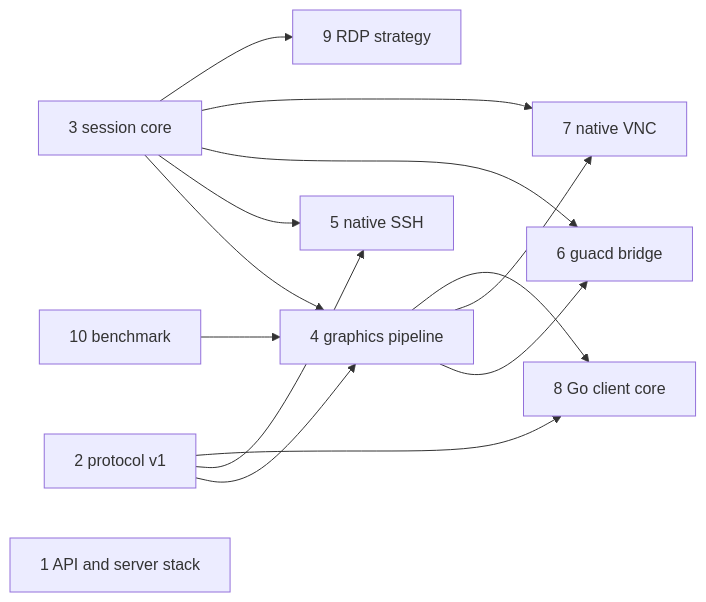
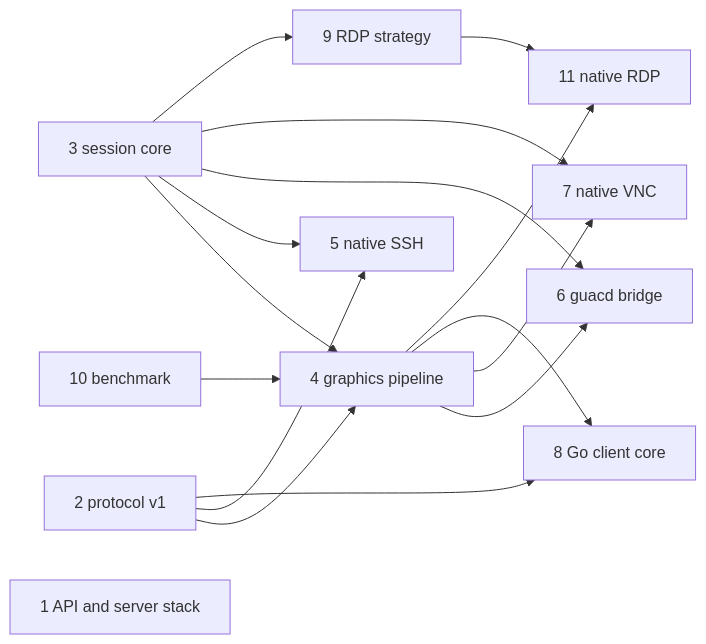
The second of 2 diagrams in specs/008-native-architecture.md (changkun/occamy), drawn with Mermaid before and after one commit. The commit also changed other lines of this file and 7 other files, not shown here.

First line of the commit message:
specs: plan the native RDP backend and record its phase 1

````diff
--- a/specs/008-native-architecture.md
+++ b/specs/008-native-architecture.md
@@ -243,16 +246,18 @@
 ```mermaid
 graph LR
   P[2 protocol v1] --> G[4 graphics pipeline]
   S[3 session core] --> G
   P --> SSH[5 native SSH]
   S --> SSH
   S --> B[6 guacd bridge]
   G --> B
   S --> VNC[7 native VNC]
   G --> VNC
   P --> CC[8 Go client core]
   G --> CC
   S --> RDP[9 RDP strategy]
+  RDP --> NRDP[11 native RDP]
+  G --> NRDP
   BM[10 benchmark] --> G
   A[1 API and server stack]
 ```
````
